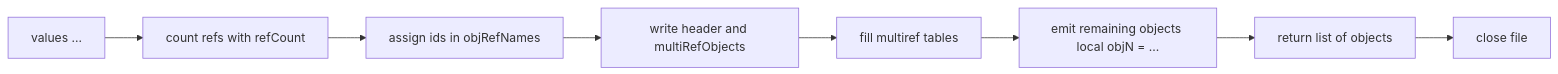
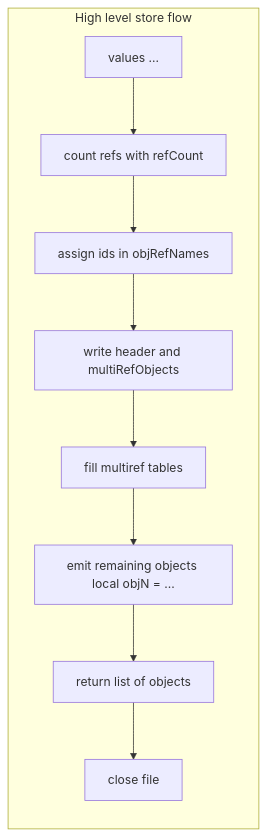
One commit to Gh0st352/AETHR changed the first of 4 diagrams in docs/io/store_and_variants.md. Above: the diagram before and after it, drawn with Mermaid. The commit also changed other lines of this file and 5 other files, not shown here.

First line of the commit message:
docs(io): restructure Mermaid diagrams, add subgraphs & classes

````diff
--- a/docs/io/store_and_variants.md
+++ b/docs/io/store_and_variants.md
@@ -15,10 +15,19 @@
 ```mermaid
+%% shared theme: docs/_mermaid/theme.json %%
 flowchart LR
-  IN[values ...] --> CNT[count refs with refCount]
-  CNT --> MREF[assign ids in objRefNames]
-  MREF --> HDR[write header and multiRefObjects]
-  HDR --> FILL[fill multiref tables]
-  FILL --> REST[emit remaining objects local objN = ...]
-  REST --> RET[return list of objects]
-  RET --> DONE[close file]
+  subgraph "High level store flow"
+    IN[values ...] --> CNT[count refs with refCount]
+    CNT --> MREF[assign ids in objRefNames]
+    MREF --> HDR[write header and multiRefObjects]
+    HDR --> FILL[fill multiref tables]
+    FILL --> REST[emit remaining objects local objN = ...]
+    REST --> RET[return list of objects]
+    RET --> DONE[close file]
+  end
+
+  class IN class_data;
+  class CNT class_tracker;
+  class MREF,HDR,FILL,REST class_step;
+  class RET class_result;
+  class DONE class_io;
 ```
````
